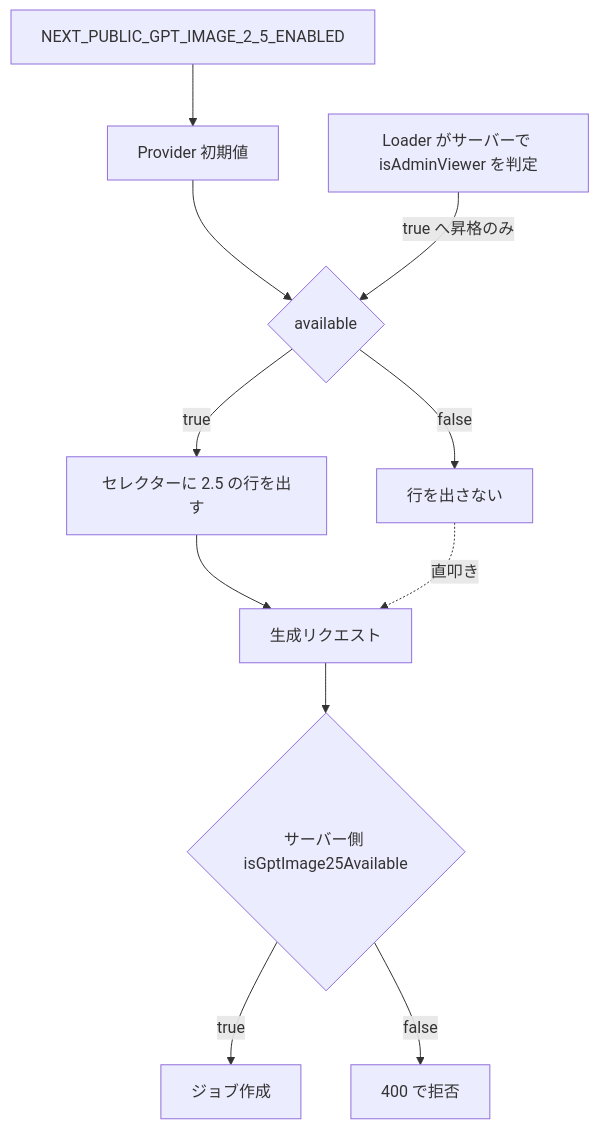
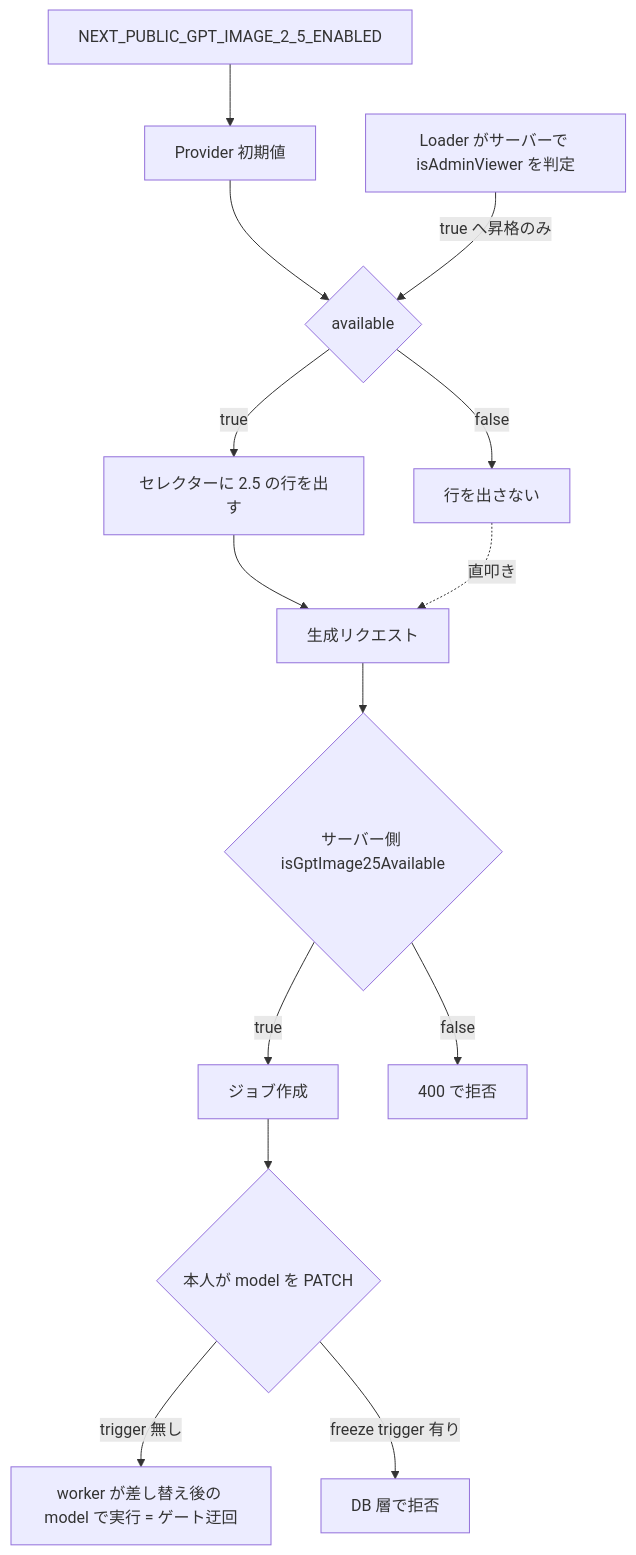
One commit to 3balljugglerYu/ai_coordinate changed the third of 5 diagrams in docs/planning/gpt-image-2-5-flare-implementation-plan.md. Above: the diagram before and after it, drawn with Mermaid. The commit also changed other lines of this file, not shown here.

````diff
--- a/docs/planning/gpt-image-2-5-flare-implementation-plan.md
+++ b/docs/planning/gpt-image-2-5-flare-implementation-plan.md
@@ -211,13 +234,16 @@
 ```mermaid
 flowchart TD
     S["NEXT_PUBLIC_GPT_IMAGE_2_5_ENABLED"] --> P["Provider 初期値"]
     P --> V{"available"}
     L["Loader がサーバーで isAdminViewer を判定"] -->|true へ昇格のみ| V
     V -->|true| UI["セレクターに 2.5 の行を出す"]
     V -->|false| HIDE["行を出さない"]
     UI --> REQ["生成リクエスト"]
     HIDE -.->|直叩き| REQ
     REQ --> G{"サーバー側 isGptImage25Available"}
     G -->|true| JOB["ジョブ作成"]
     G -->|false| ERR["400 で拒否"]
+    JOB --> PATCH{"本人が model を PATCH"}
+    PATCH -->|"trigger 無し"| BYPASS["worker が差し替え後の model で実行 = ゲート迂回"]
+    PATCH -->|"freeze trigger 有り"| DENY["DB 層で拒否"]
 ```
````
